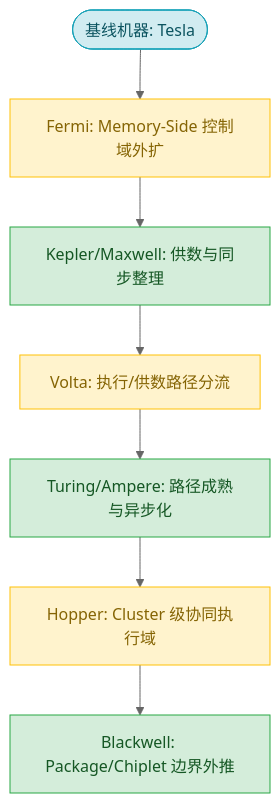
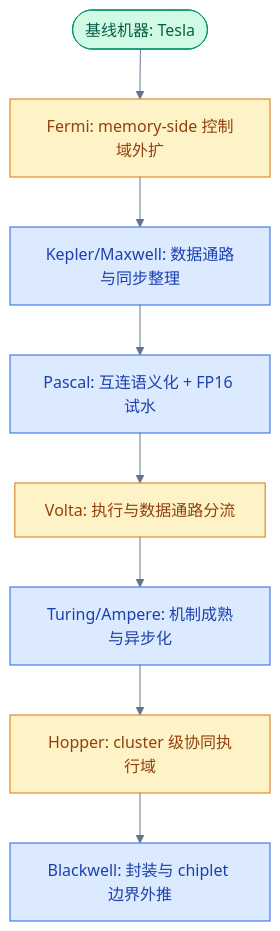
Before and after one commit to swjtuer326/cs-learning-notes: the first of 12 diagrams in LLM/NVIDIA-GPU架构演进与LLM.md, drawn with Mermaid. The commit also changed other lines of this file and 10 other files, not shown here.

````diff
--- a/LLM/NVIDIA-GPU架构演进与LLM.md
+++ b/LLM/NVIDIA-GPU架构演进与LLM.md
@@ -48,18 +69,19 @@
 ```mermaid
-%%{init: {"theme": "base", "themeVariables": {"primaryColor": "#ECECFF", "primaryTextColor": "#333333", "primaryBorderColor": "#9370DB", "lineColor": "#666666", "secondaryColor": "#ffffde", "secondaryBorderColor": "#aaaa33", "tertiaryColor": "#f0f0f0", "fontFamily": "\"trebuchet ms\", verdana, arial, sans-serif"}}}%%
+%%{init: {"theme": "base", "themeVariables": {"primaryColor": "#f8fafc", "primaryTextColor": "#1e293b", "primaryBorderColor": "#475569", "lineColor": "#64748b", "secondaryColor": "#f1f5f9", "secondaryBorderColor": "#94a3b8", "tertiaryColor": "#f8fafc", "fontFamily": "\"trebuchet ms\", verdana, arial, sans-serif"}}}%%
 flowchart TD
-    Start([基线机器: Tesla]) --> F["Fermi: Memory-Side 控制域外扩"]
-    F --> K["Kepler/Maxwell: 供数与同步整理"]
-    K --> V["Volta: 执行/供数路径分流"]
-    V --> TA["Turing/Ampere: 路径成熟与异步化"]
-    TA --> H["Hopper: Cluster 级协同执行域"]
-    H --> B["Blackwell: Package/Chiplet 边界外推"]
+    Start([基线机器: Tesla]) --> F["Fermi: memory-side 控制域外扩"]
+    F --> K["Kepler/Maxwell: 数据通路与同步整理"]
+    K --> P["Pascal: 互连语义化 + FP16 试水"]
+    P --> V["Volta: 执行与数据通路分流"]
+    V --> TA["Turing/Ampere: 机制成熟与异步化"]
+    TA --> H["Hopper: cluster 级协同执行域"]
+    H --> B["Blackwell: 封装与 chiplet 边界外推"]
 
-    classDef baseline fill:#d1ecf1,stroke:#17a2b8,color:#0c5460
-    classDef rewrite fill:#fff3cd,stroke:#ffc107,color:#856404
-    classDef mature fill:#d4edda,stroke:#28a745,color:#155724
+    classDef baseline fill:#d1fae5,stroke:#059669,color:#065f46
+    classDef rewrite fill:#fef3c7,stroke:#d97706,color:#92400e
+    classDef mature fill:#dbeafe,stroke:#2563eb,color:#1e40af
 
     class Start baseline
     class F,V,H rewrite
-    class K,TA,B mature
+    class K,P,TA,B mature
 ```
````
